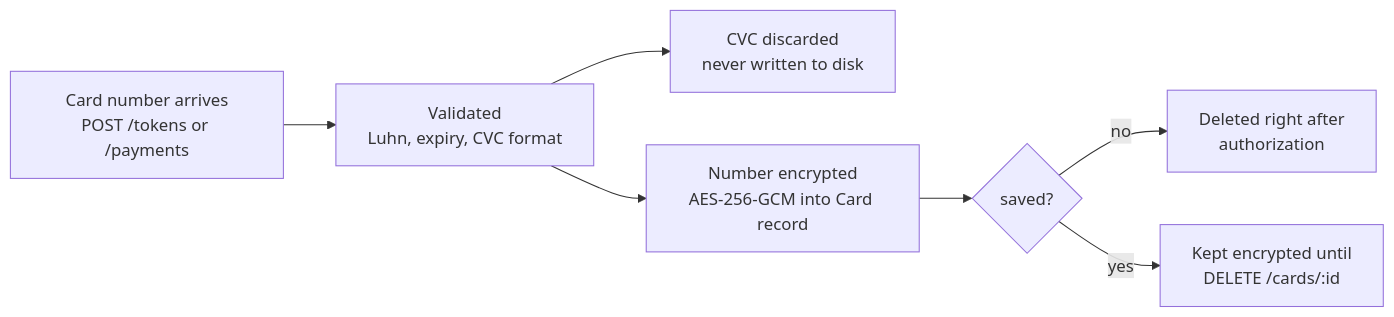
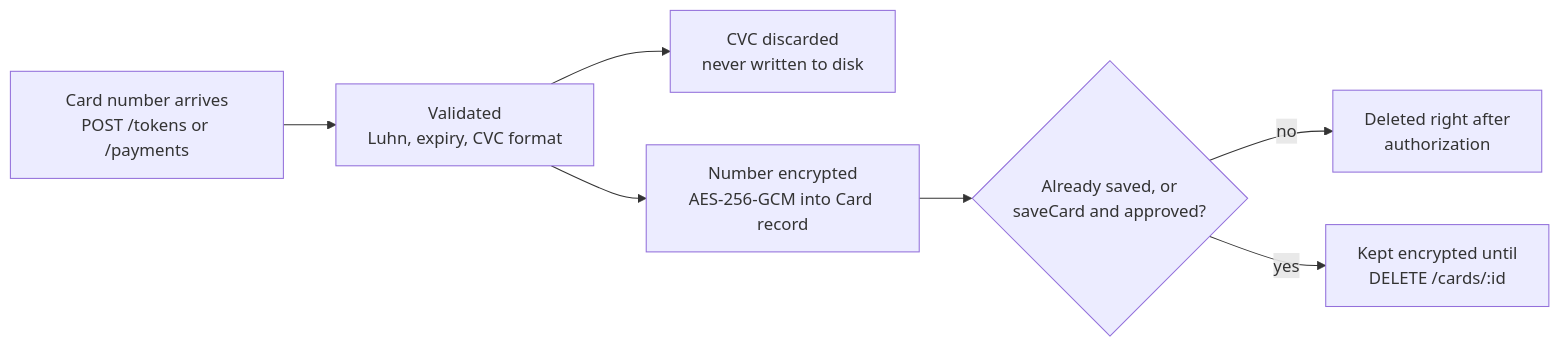
Before and after one commit to omivrex/payment-microservice-simulation: the third of 4 diagrams in docs/03-payment-lifecycle.md, drawn with Mermaid. The commit also changed other lines of this file and 9 other files, not shown here.

````diff
--- a/docs/03-payment-lifecycle.md
+++ b/docs/03-payment-lifecycle.md
@@ -126,9 +128,9 @@
 ```mermaid
 flowchart LR
     A["Card number arrives<br/>POST /tokens or /payments"] --> B["Validated<br/>Luhn, expiry, CVC format"]
     B --> C["CVC discarded<br/>never written to disk"]
     B --> D["Number encrypted<br/>AES-256-GCM into Card record"]
-    D --> E{"saved?"}
+    D --> E{"Already saved, or<br/>saveCard and approved?"}
     E -->|"no"| F["Deleted right after<br/>authorization"]
     E -->|"yes"| G["Kept encrypted until<br/>DELETE /cards/:id"]
 ```
````
